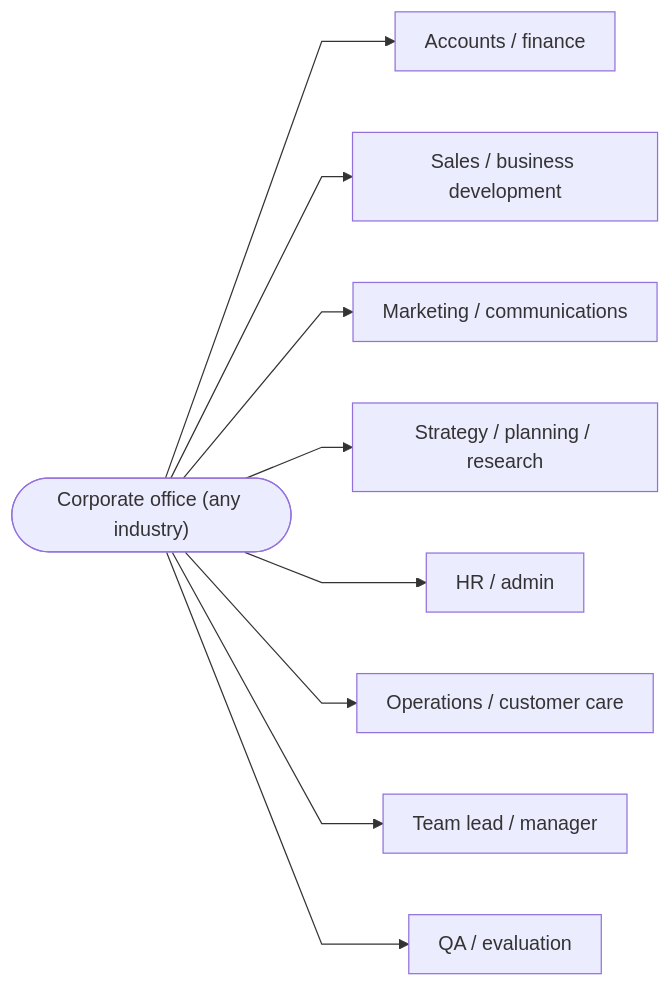
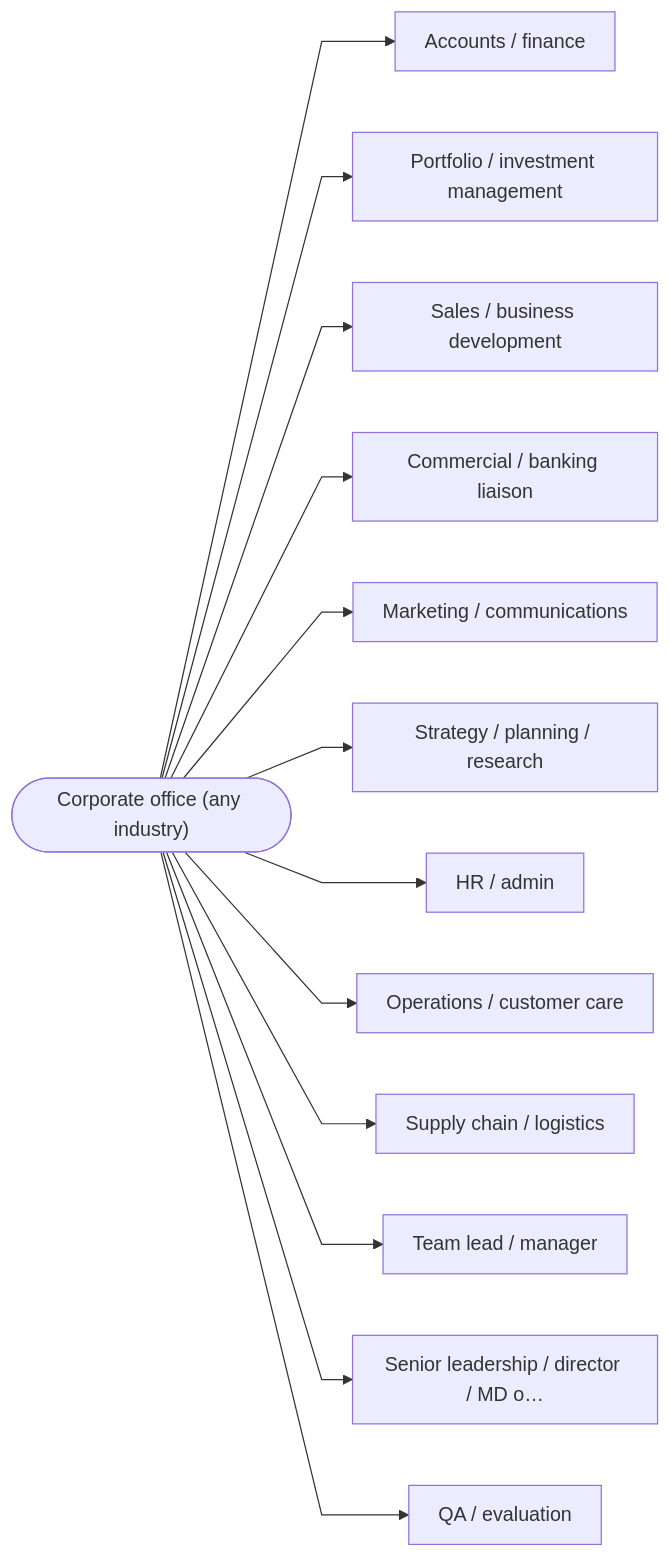
The diagram in docs/decision-tree-charts/02-roles-corporate.mmd (shmukit/10MS_AI-GG), drawn with Mermaid before and after one commit. The commit also changed 32 other files, not shown here.

```diff
--- a/docs/decision-tree-charts/02-roles-corporate.mmd
+++ b/docs/decision-tree-charts/02-roles-corporate.mmd
@@ -1,11 +1,15 @@
 %%{init: {"flowchart": {"curve": "linear", "padding": 12}} }%%
 flowchart LR
   hub_corporate(["Corporate office (any industry)"])
   hub_corporate --> corporate_r0["Accounts / finance"]
-  hub_corporate --> corporate_r1["Sales / business development"]
-  hub_corporate --> corporate_r2["Marketing / communications"]
-  hub_corporate --> corporate_r3["Strategy / planning / research"]
-  hub_corporate --> corporate_r4["HR / admin"]
-  hub_corporate --> corporate_r5["Operations / customer care"]
-  hub_corporate --> corporate_r6["Team lead / manager"]
-  hub_corporate --> corporate_r7["QA / evaluation"]
+  hub_corporate --> corporate_r1["Portfolio / investment management"]
+  hub_corporate --> corporate_r2["Sales / business development"]
+  hub_corporate --> corporate_r3["Commercial / banking liaison"]
+  hub_corporate --> corporate_r4["Marketing / communications"]
+  hub_corporate --> corporate_r5["Strategy / planning / research"]
+  hub_corporate --> corporate_r6["HR / admin"]
+  hub_corporate --> corporate_r7["Operations / customer care"]
+  hub_corporate --> corporate_r8["Supply chain / logistics"]
+  hub_corporate --> corporate_r9["Team lead / manager"]
+  hub_corporate --> corporate_r10["Senior leadership / director / MD o…"]
+  hub_corporate --> corporate_r11["QA / evaluation"]
```
